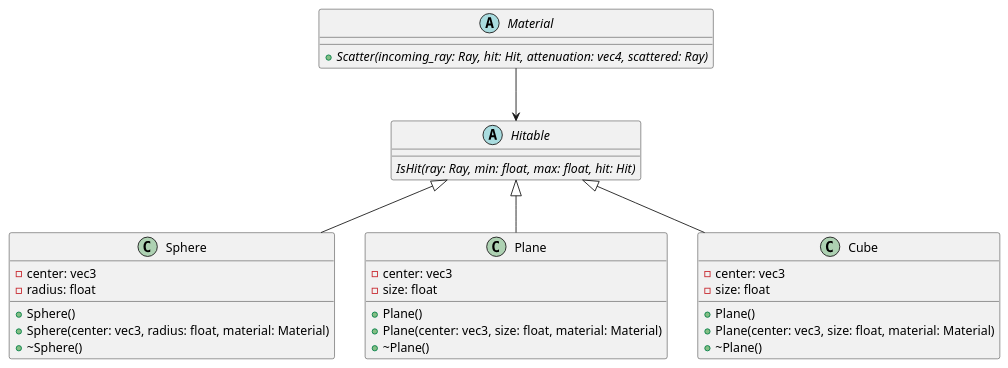
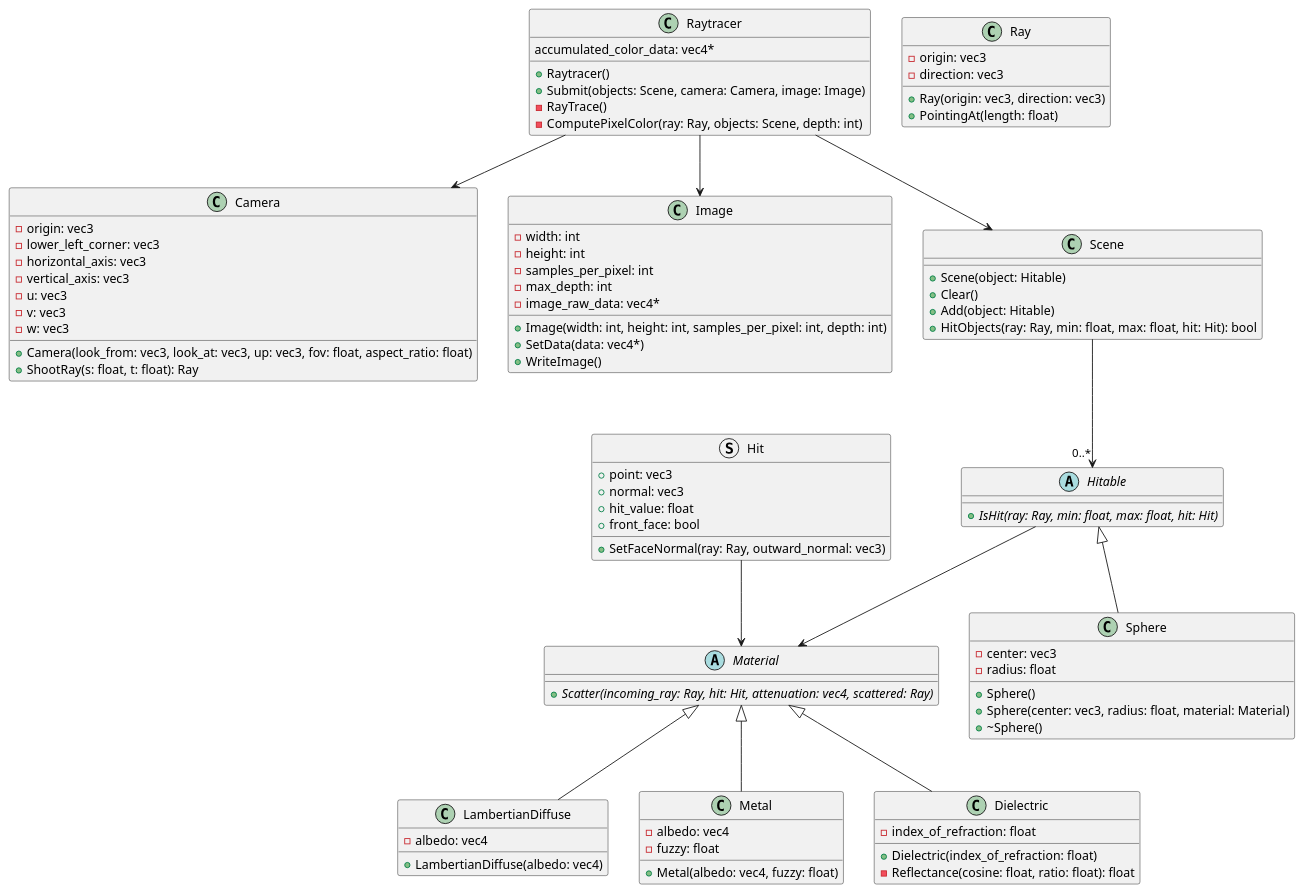
Before and after one commit to wolfel1/Raytracy: the diagram in docs/raytracer/src/classes.puml, drawn with PlantUML. The commit also changed 7 other files, not shown here.

```diff
--- a/docs/raytracer/src/classes.puml
+++ b/docs/raytracer/src/classes.puml
@@ -1,33 +1,90 @@
 @startuml raytracer_classes
 abstract Hitable
-Hitable : {abstract} IsHit(ray: Ray, min: float, max: float, hit: Hit)
+Hitable : {abstract} +IsHit(ray: Ray, min: float, max: float, hit: Hit)
 
 class Sphere
 Sphere : -center: vec3
 Sphere : -radius: float
 Sphere : +Sphere()
 Sphere : +Sphere(center: vec3, radius: float, material: Material)
 Sphere : +~Sphere()
 
+Hitable <|-- Sphere
+Hitable --> Material
+
 abstract Material
 Material : {abstract} +Scatter(incoming_ray: Ray, hit: Hit, attenuation: vec4, scattered: Ray)
 
-class Plane
-Plane : -center: vec3
-Plane : -size: float
-Plane : +Plane()
-Plane : +Plane(center: vec3, size: float, material: Material)
-Plane : +~Plane()
+class LambertianDiffuse
+LambertianDiffuse : -albedo: vec4
+LambertianDiffuse : +LambertianDiffuse(albedo: vec4)
 
-class Cube
-Cube : -center: vec3
-Cube : -size: float
-Cube : +Plane()
-Cube : +Plane(center: vec3, size: float, material: Material)
-Cube : +~Plane()
+class Metal
+Metal : -albedo: vec4
+Metal : -fuzzy: float
+Metal : +Metal(albedo: vec4, fuzzy: float)
 
-Hitable <|-- Sphere
-Hitable <|-- Plane
-Hitable <|-- Cube
-Material --> Hitable
+class Dielectric
+Dielectric : -index_of_refraction: float
+Dielectric : +Dielectric(index_of_refraction: float)
+Dielectric : -Reflectance(cosine: float, ratio: float): float
+
+Material <|-- LambertianDiffuse
+Material <|-- Metal
+Material <|-- Dielectric
+
+struct Hit
+Hit : +point: vec3
+Hit : +normal: vec3
+Hit : +hit_value: float
+Hit : +front_face: bool
+Hit : +SetFaceNormal(ray: Ray, outward_normal: vec3)
+
+Hit --> Material
+
+class Camera
+Camera : -origin: vec3
+Camera : -lower_left_corner: vec3
+Camera : -horizontal_axis: vec3
+Camera : -vertical_axis: vec3
+Camera : -u: vec3
+Camera : -v: vec3
+Camera : -w: vec3
+Camera : +Camera(look_from: vec3, look_at: vec3, up: vec3, fov: float, aspect_ratio: float)
+Camera : +ShootRay(s: float, t: float): Ray
+
+class Image
+Image : -width: int
+Image : -height: int
+Image : -samples_per_pixel: int
+Image : -max_depth: int
+Image : -image_raw_data: vec4*
+Image : +Image(width: int, height: int, samples_per_pixel: int, depth: int)
+Image : +SetData(data: vec4*)
+Image : +WriteImage()
+
+class Ray
+Ray : -origin: vec3
+Ray : -direction: vec3
+Ray : +Ray(origin: vec3, direction: vec3)
+Ray : +PointingAt(length: float)
+
+class Scene
+Scene : +Scene(object: Hitable)
+Scene : +Clear()
+Scene : +Add(object: Hitable)
+Scene : +HitObjects(ray: Ray, min: float, max: float, hit: Hit): bool
+
+Scene --> "0..*" Hitable
+
+class Raytracer
+Raytracer : accumulated_color_data: vec4*
+Raytracer : +Raytracer()
+Raytracer : +Submit(objects: Scene, camera: Camera, image: Image)
+Raytracer : -RayTrace()
+Raytracer : -ComputePixelColor(ray: Ray, objects: Scene, depth: int)
+
+Raytracer --> Scene
+Raytracer --> Camera
+Raytracer --> Image
 @enduml
```
